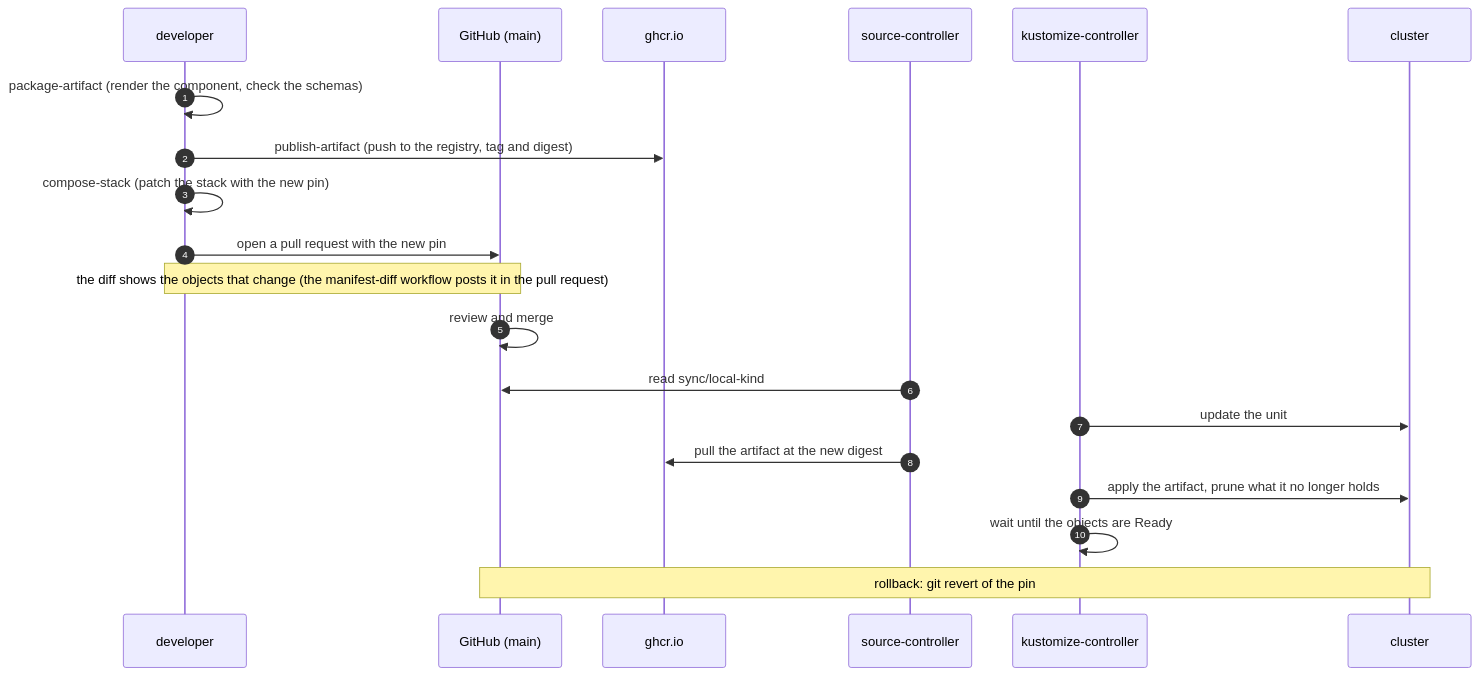
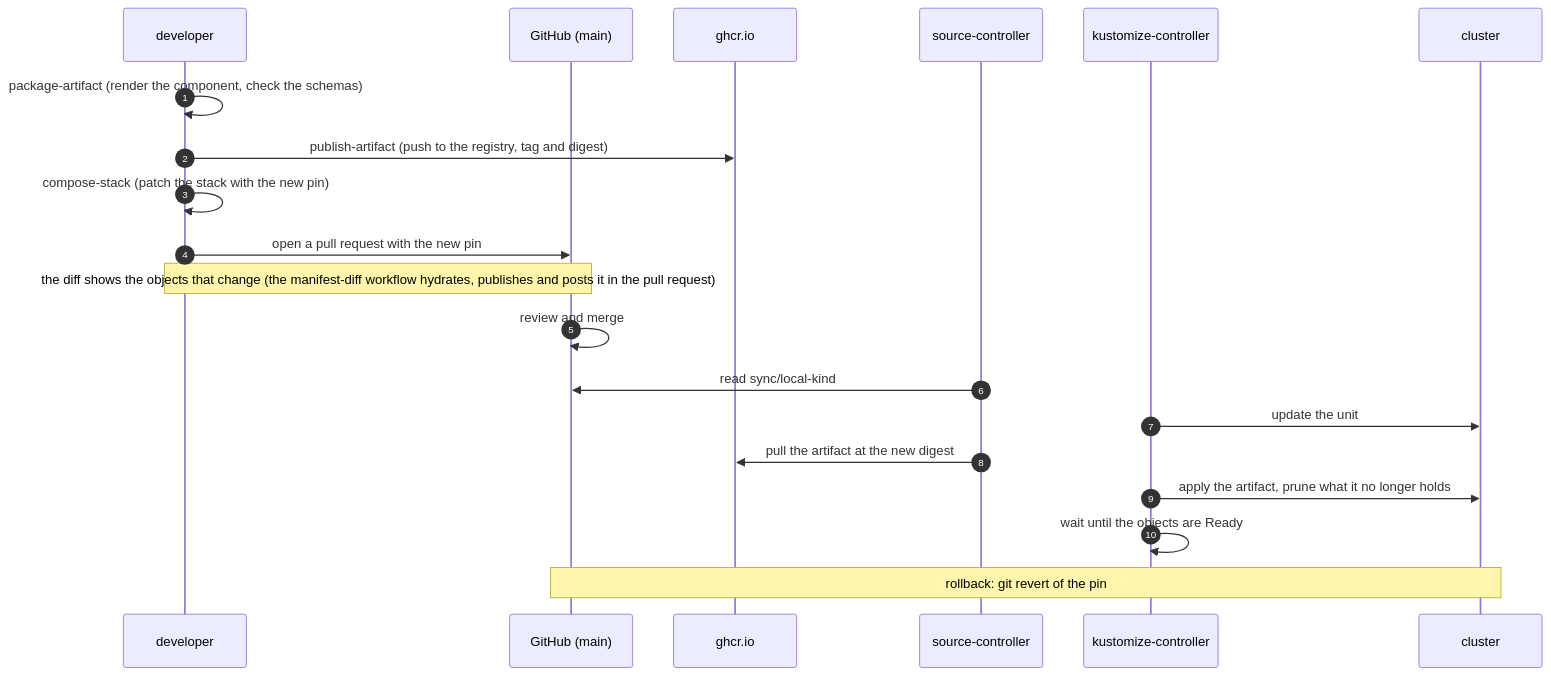
One commit to raghav19/engineersdaybook changed the second of 4 diagrams in code/mcp-sandbox/part-3-mcp-guardrails/docs/orchestration.md. Above: the diagram before and after it, drawn with Mermaid. The commit also changed 3 other files, not shown here.

````diff
--- a/code/mcp-sandbox/part-3-mcp-guardrails/docs/orchestration.md
+++ b/code/mcp-sandbox/part-3-mcp-guardrails/docs/orchestration.md
@@ -67,23 +67,23 @@
 ```mermaid
 sequenceDiagram
     autonumber
     participant D as developer
     participant G as GitHub (main)
     participant R as ghcr.io
     participant S as source-controller
     participant C as kustomize-controller
     participant K as cluster
 
     D->>D: package-artifact (render the component, check the schemas)
     D->>R: publish-artifact (push to the registry, tag and digest)
     D->>D: compose-stack (patch the stack with the new pin)
     D->>G: open a pull request with the new pin
-    Note over D,G: the diff shows the objects that change (the manifest-diff workflow posts it in the pull request)
+    Note over D,G: the diff shows the objects that change (the manifest-diff workflow hydrates, publishes and posts it in the pull request)
     G->>G: review and merge
     S->>G: read sync/local-kind
     C->>K: update the unit
     S->>R: pull the artifact at the new digest
     C->>K: apply the artifact, prune what it no longer holds
     C->>C: wait until the objects are Ready
     Note over G,K: rollback: git revert of the pin
 ```
````
